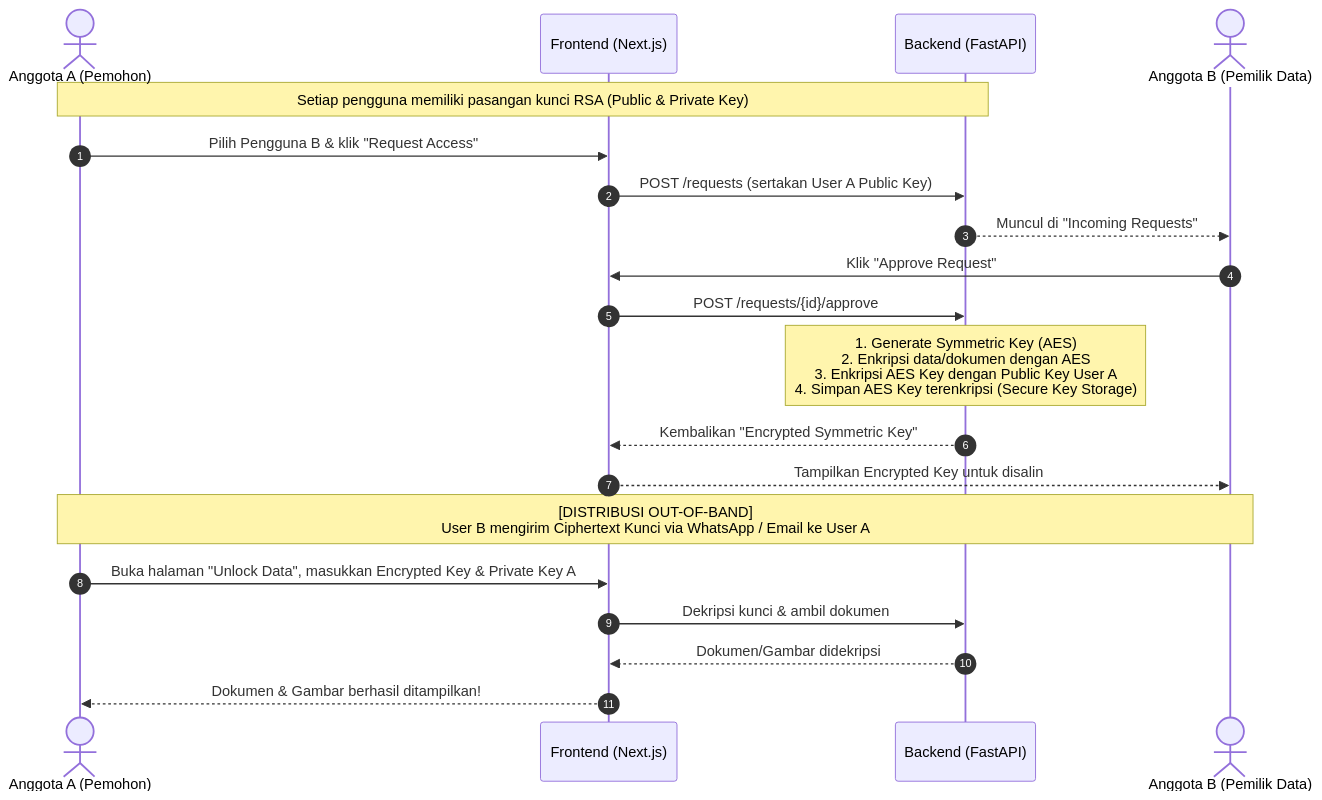
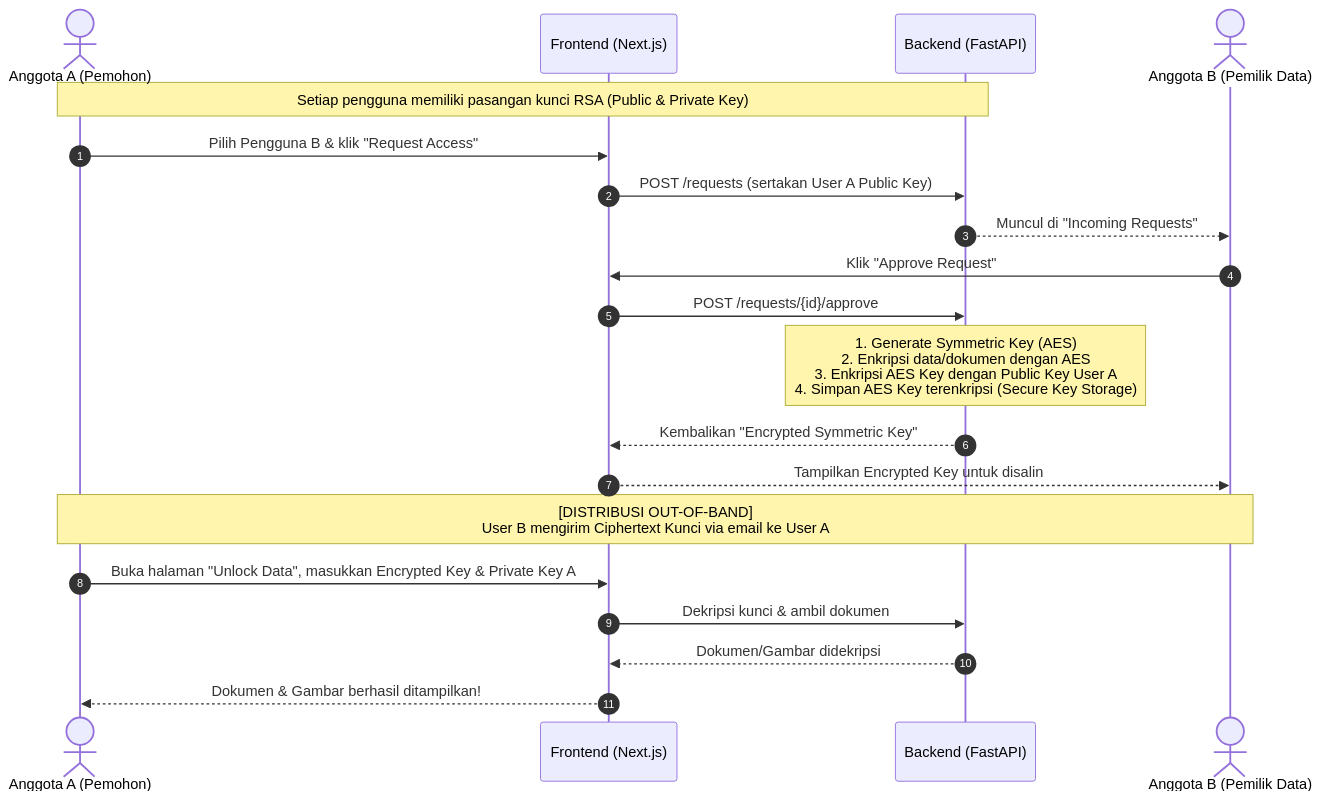
Before and after one commit to shzirley/information-security-assignment1: the first of 2 diagrams in docs/assignment-2/ASSIGNMENT_2_KEY_MANAGEMENT.md, drawn with Mermaid. The commit also changed other lines of this file and 3 other files, not shown here.

````diff
--- a/docs/assignment-2/ASSIGNMENT_2_KEY_MANAGEMENT.md
+++ b/docs/assignment-2/ASSIGNMENT_2_KEY_MANAGEMENT.md
@@ -35,26 +35,26 @@
 ```mermaid
 sequenceDiagram
     autonumber
     actor UserA as Anggota A (Pemohon)
     participant Web as Frontend (Next.js)
     participant API as Backend (FastAPI)
     actor UserB as Anggota B (Pemilik Data)
 
     Note over UserA,API: Setiap pengguna memiliki pasangan kunci RSA (Public & Private Key)
     UserA->>Web: Pilih Pengguna B & klik "Request Access"
     Web->>API: POST /requests (sertakan User A Public Key)
     API-->>UserB: Muncul di "Incoming Requests"
 
     UserB->>Web: Klik "Approve Request"
     Web->>API: POST /requests/{id}/approve
     Note over API: 1. Generate Symmetric Key (AES)<br/>2. Enkripsi data/dokumen dengan AES<br/>3. Enkripsi AES Key dengan Public Key User A<br/>4. Simpan AES Key terenkripsi (Secure Key Storage)
     API-->>Web: Kembalikan "Encrypted Symmetric Key"
     Web-->>UserB: Tampilkan Encrypted Key untuk disalin
 
-    Note over UserB,UserA: [DISTRIBUSI OUT-OF-BAND]<br/>User B mengirim Ciphertext Kunci via WhatsApp / Email ke User A
+    Note over UserB,UserA: [DISTRIBUSI OUT-OF-BAND]<br/>User B mengirim Ciphertext Kunci via email ke User A
 
     UserA->>Web: Buka halaman "Unlock Data", masukkan Encrypted Key & Private Key A
     Web->>API: Dekripsi kunci & ambil dokumen
     API-->>Web: Dokumen/Gambar didekripsi
     Web-->>UserA: Dokumen & Gambar berhasil ditampilkan!
 ```
````
